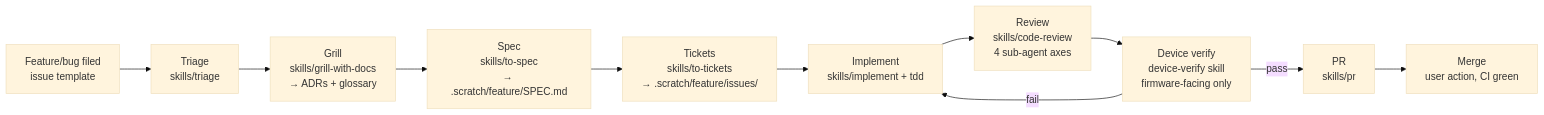
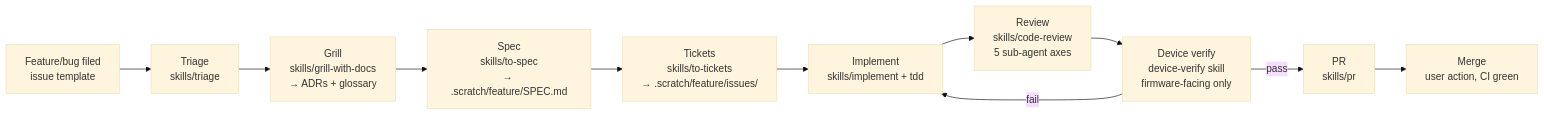
The diagram in docs/factory.md (eddietheengineer/home-assistant-bridge-esphome), drawn with Mermaid (base theme) before and after one commit. The commit also changed other lines of this file and 13 other files, not shown here.

First line of the commit message:
factory: bug path, five-axis review, TLA+ adoption, agent-agnostic skills

````diff
--- a/docs/factory.md
+++ b/docs/factory.md
@@ -9,13 +9,13 @@
 ```mermaid
 flowchart LR
   A[Feature/bug filed<br/>issue template] --> B[Triage<br/>skills/triage]
   B --> C[Grill<br/>skills/grill-with-docs<br/>→ ADRs + glossary]
   C --> D[Spec<br/>skills/to-spec<br/>→ .scratch/feature/SPEC.md]
   D --> E[Tickets<br/>skills/to-tickets<br/>→ .scratch/feature/issues/]
   E --> F[Implement<br/>skills/implement + tdd]
-  F --> G[Review<br/>skills/code-review<br/>4 sub-agent axes]
+  F --> G[Review<br/>skills/code-review<br/>5 sub-agent axes]
   G --> H[Device verify<br/>device-verify skill<br/>firmware-facing only]
   H -->|fail| F
   H -->|pass| I[PR<br/>skills/pr]
   I --> J[Merge<br/>user action, CI green]
 ```
````
